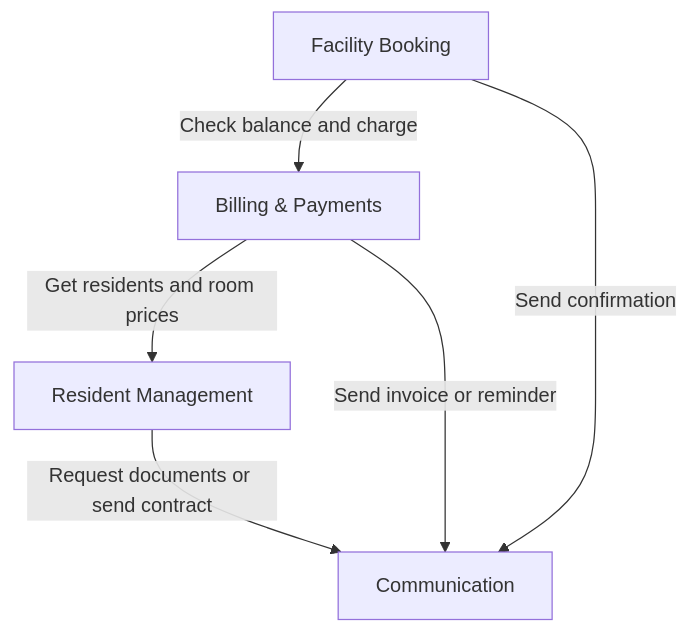
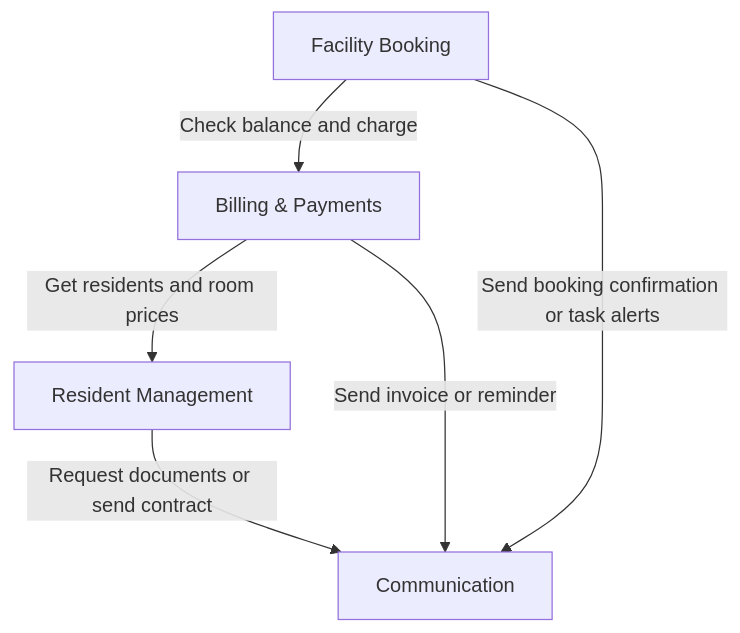
One commit to HichamEjh/CyDormSystem changed the first of 2 diagrams in 02-decomposition/architecture-draft.md. Above: the diagram before and after it, drawn with Mermaid. The commit also changed other lines of this file, not shown here.

````diff
--- a/02-decomposition/architecture-draft.md
+++ b/02-decomposition/architecture-draft.md
@@ -32,8 +33,8 @@
 ```mermaid
 flowchart TD
   booking["Facility Booking"] -->|Check balance and charge| billing["Billing & Payments"]
   billing -->|Get residents and room prices| residents["Resident Management"]
   residents -->|Request documents or send contract| communication["Communication"]
-  booking -->|Send confirmation| communication
+  booking -->|Send booking confirmation or task alerts| communication
   billing -->|Send invoice or reminder| communication
 ```
````
